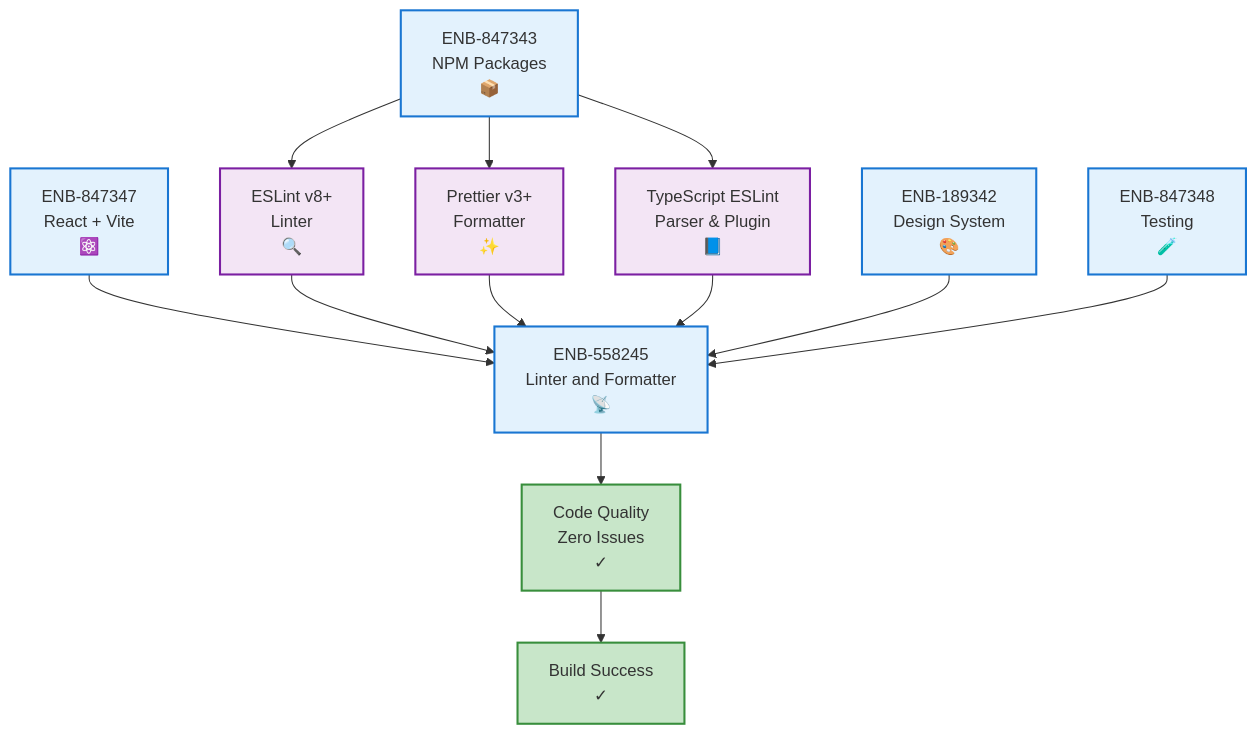
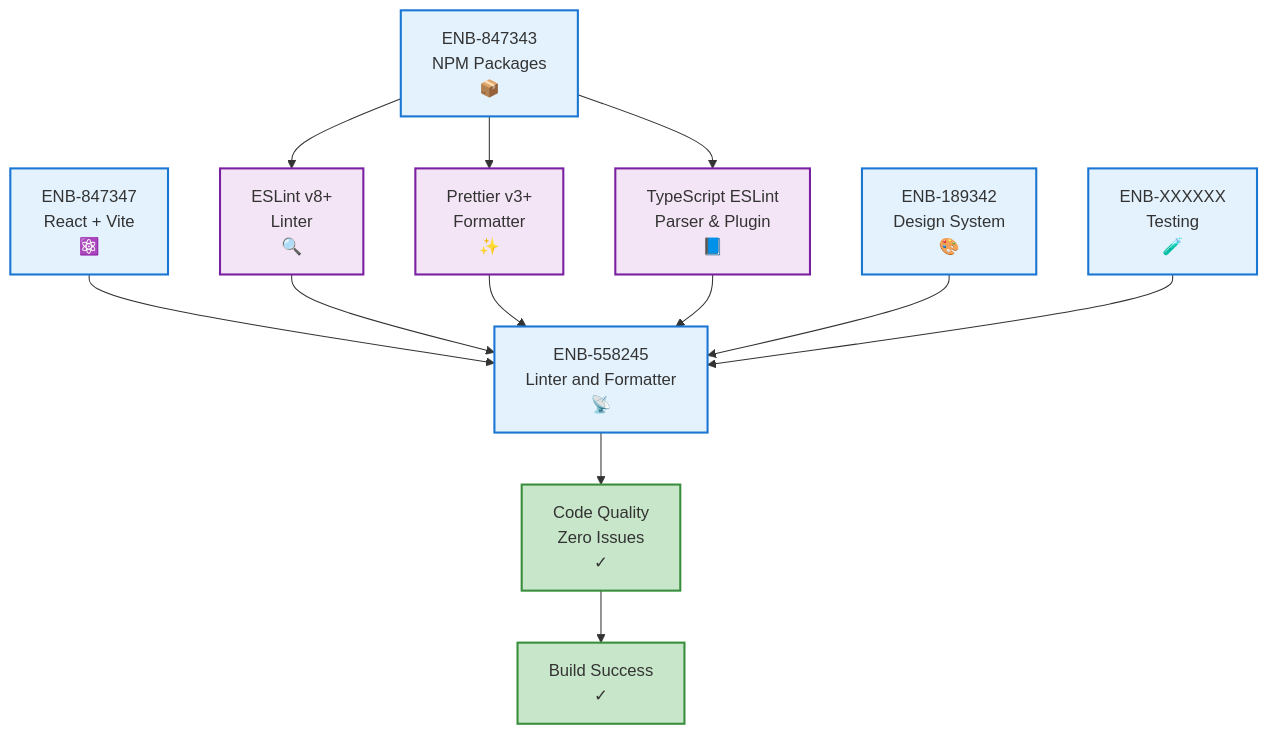
The first of 6 diagrams in website/specifications/558245-enabler.md (gardner711/anvil-recipes), drawn with Mermaid before and after one commit. The commit also changed other lines of this file and 6 other files, not shown here.

````diff
--- a/website/specifications/558245-enabler.md
+++ b/website/specifications/558245-enabler.md
@@ -68,39 +68,39 @@
 ```mermaid
 flowchart TD
     ENB_558245["ENB-558245<br/>Linter and Formatter<br/>📡"]
     
     ENB_847347["ENB-847347<br/>React + Vite<br/>⚛️"]
     ENB_847343["ENB-847343<br/>NPM Packages<br/>📦"]
     ENB_189342["ENB-189342<br/>Design System<br/>🎨"]
-    ENB_847348["ENB-847348<br/>Testing<br/>🧪"]
+    ENB_847348["ENB-XXXXXX<br/>Testing<br/>🧪"]
     
     ESLINT["ESLint v8+<br/>Linter<br/>🔍"]
     PRETTIER["Prettier v3+<br/>Formatter<br/>✨"]
     TS_ESLINT["TypeScript ESLint<br/>Parser & Plugin<br/>📘"]
     
     CODE_QUALITY["Code Quality<br/>Zero Issues<br/>✓"]
     BUILD_SUCCESS["Build Success<br/>✓"]
     
     ENB_847347 --> ENB_558245
     ENB_847343 --> ESLINT
     ENB_847343 --> PRETTIER
     ENB_847343 --> TS_ESLINT
     
     ESLINT --> ENB_558245
     PRETTIER --> ENB_558245
     TS_ESLINT --> ENB_558245
     
     ENB_558245 --> CODE_QUALITY
     CODE_QUALITY --> BUILD_SUCCESS
     
     ENB_189342 --> ENB_558245
     ENB_847348 --> ENB_558245
 
     classDef enabler fill:#e3f2fd,stroke:#1976d2,stroke-width:2px
     classDef tool fill:#f3e5f5,stroke:#7b1fa2,stroke-width:2px
     classDef success fill:#c8e6c9,stroke:#388e3c,stroke-width:2px
     
     class ENB_558245,ENB_847347,ENB_847343,ENB_189342,ENB_847348 enabler
     class ESLINT,PRETTIER,TS_ESLINT tool
     class CODE_QUALITY,BUILD_SUCCESS success
 ```
````
